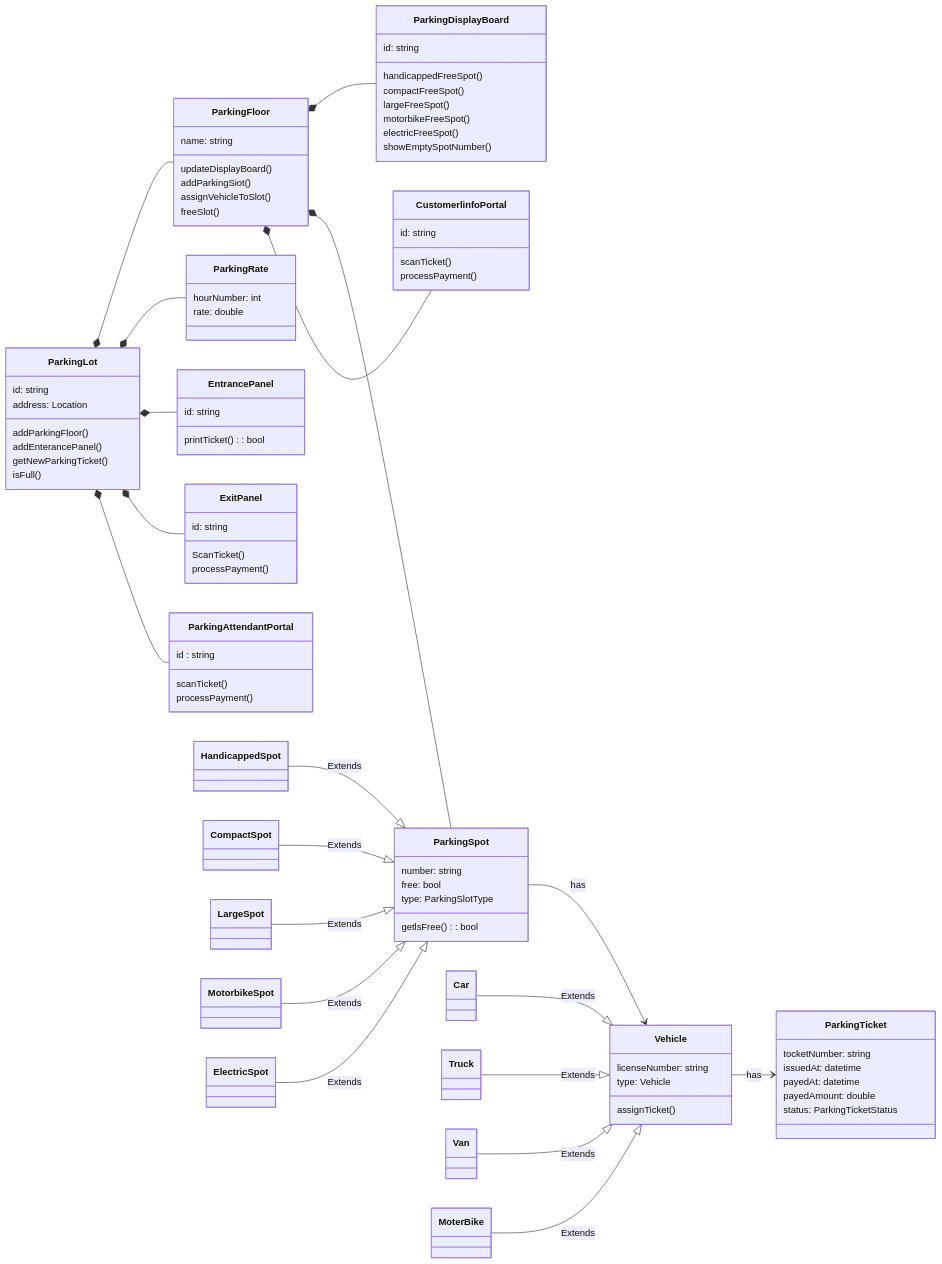
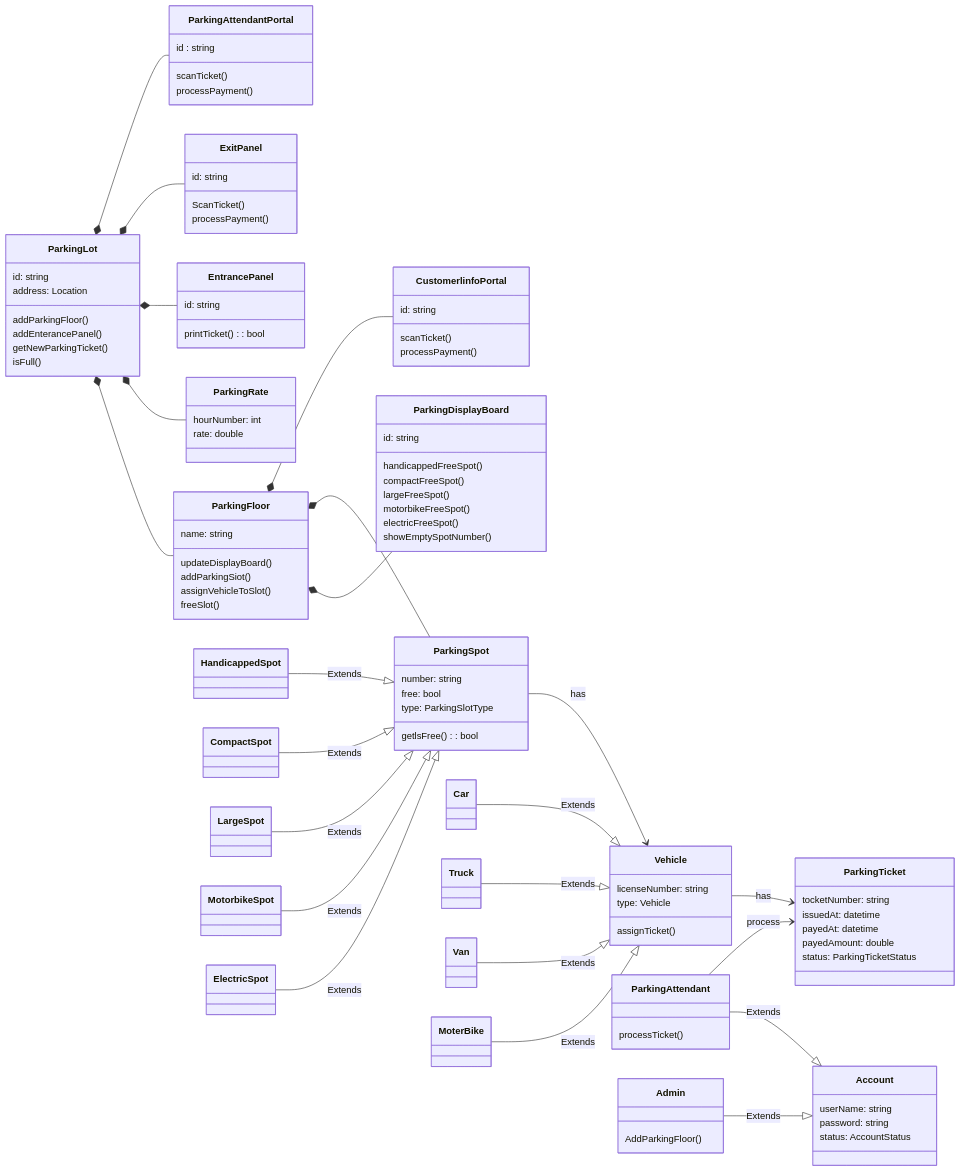
The diagram in Parking Lot/readme.md (piyushmani/grokking-the-object-oriented-design-interview), drawn with Mermaid before and after one commit.

````diff
--- a/Parking Lot/readme.md
+++ b/Parking Lot/readme.md
@@ -27,4 +27,5 @@
 ```mermaid
+
 classDiagram
     direction LR
     class ParkingLot{
@@ -116,6 +117,18 @@
     class ElectricSpot{
     }
 
+    class Account{
+      userName: string
+      password: string
+      status: AccountStatus
+    }
+    class ParkingAttendant{
+      processTicket()
+    }
+    class Admin{
+        AddParkingFloor()
+    }
+
 
     ParkingLot *-- ParkingFloor
     ParkingLot *-- ParkingRate
@@ -137,8 +150,8 @@
     LargeSpot --|> ParkingSpot : Extends
     ElectricSpot --|> ParkingSpot : Extends
     MotorbikeSpot --|> ParkingSpot : Extends
-
-
-
+    Admin --|> Account : Extends
+    ParkingAttendant --|> Account : Extends
+    ParkingAttendant --> ParkingTicket : process
             
 ```
````
